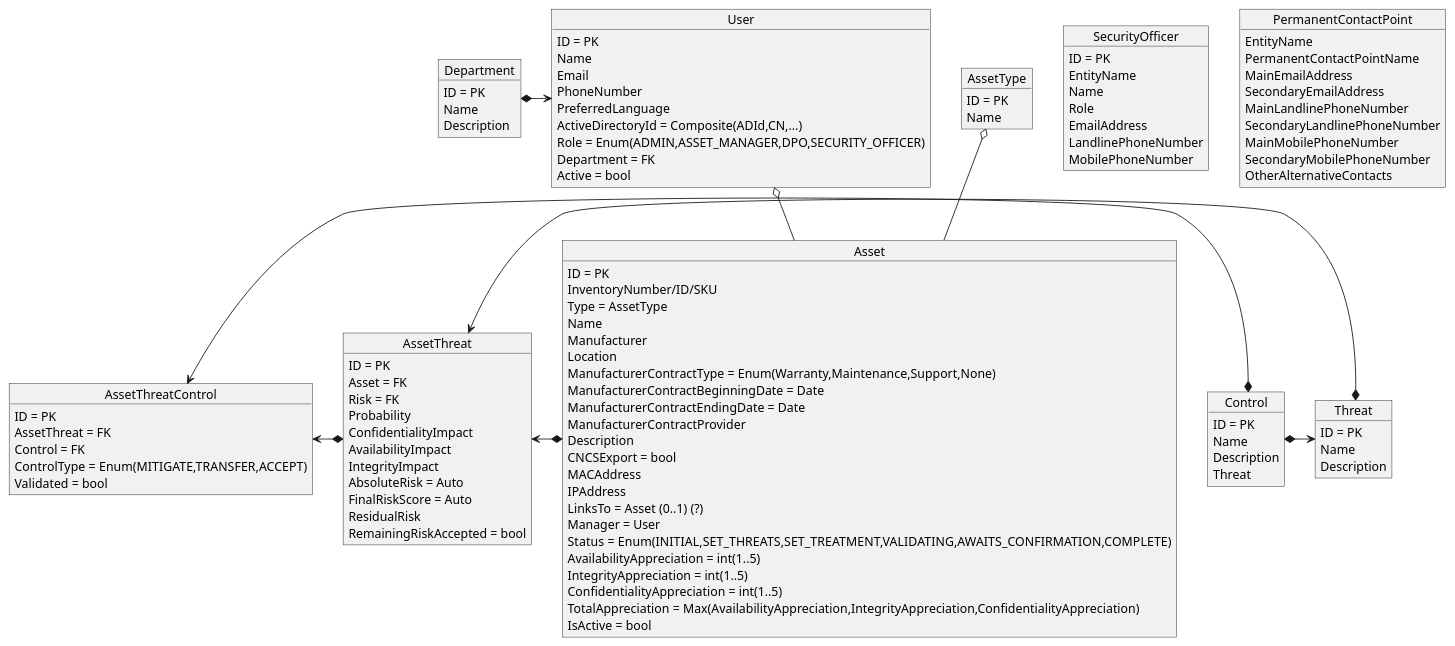
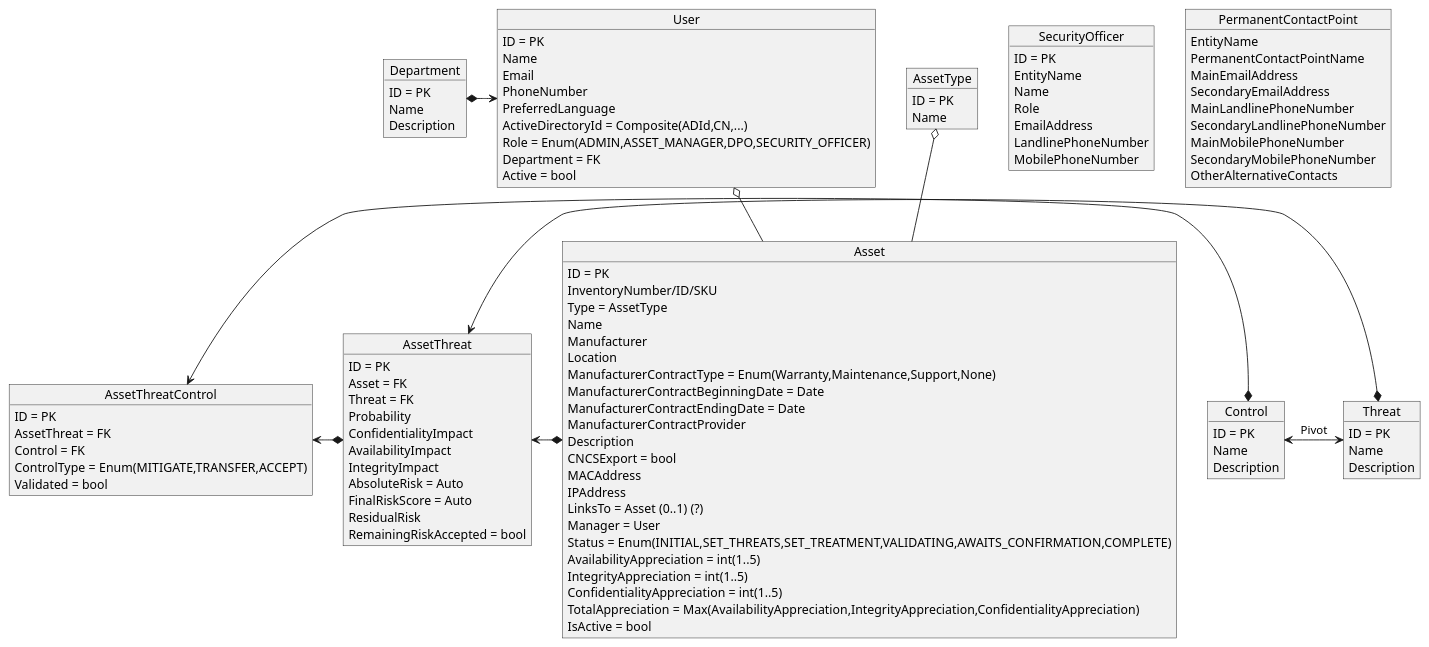
One commit to daviddmd/assetriskmanager changed the diagram in documentation/object-diagrams.puml. Above: the diagram before and after it, drawn with PlantUML. The commit also changed 7 other files, not shown here.

```diff
--- a/documentation/object-diagrams.puml
+++ b/documentation/object-diagrams.puml
@@ -1,103 +1,102 @@
 @startuml
 'https://plantuml.com/object-diagram
 object AssetType
 AssetType : ID = PK
 AssetType : Name
 'possivelmente icone
 object  Department
 Department : ID = PK
 Department : Name
 Department : Description
 object User
 Department *-> User
 User : ID = PK
 User : Name
 User : Email
 User : PhoneNumber
 User : PreferredLanguage
 User : ActiveDirectoryId = Composite(ADId,CN,...)
 User : Role = Enum(ADMIN,ASSET_MANAGER,DPO,SECURITY_OFFICER)
 User : Department = FK
 User : Active = bool
 object Asset
 Asset : ID = PK
 Asset : InventoryNumber/ID/SKU
 Asset : Type = AssetType
 Asset : Name
 Asset : Manufacturer
 Asset : Location
 Asset : ManufacturerContractType = Enum(Warranty,Maintenance,Support,None)
 Asset : ManufacturerContractBeginningDate = Date
 Asset : ManufacturerContractEndingDate = Date
 Asset : ManufacturerContractProvider
 Asset : Description
 Asset : CNCSExport = bool
 Asset : MACAddress
 Asset : IPAddress
 Asset : LinksTo = Asset (0..1) (?)
 Asset : Manager = User
 Asset : Status = Enum(INITIAL,SET_THREATS,SET_TREATMENT,VALIDATING,AWAITS_CONFIRMATION,COMPLETE)
 Asset : AvailabilityAppreciation = int(1..5)
 Asset : IntegrityAppreciation = int(1..5)
 Asset : ConfidentialityAppreciation = int(1..5)
 Asset : TotalAppreciation = Max(AvailabilityAppreciation,IntegrityAppreciation,ConfidentialityAppreciation)
 Asset : IsActive = bool
 User o-- Asset
 AssetType o-- Asset
 object Threat
 Threat : ID = PK
 Threat : Name
 Threat : Description
 object Control
 Control : ID = PK
 Control : Name
 Control : Description
-Control : Threat
-Control *-> Threat
+Control <-> Threat : Pivot
 object SecurityOfficer
 SecurityOfficer : ID = PK
 SecurityOfficer : EntityName
 SecurityOfficer : Name
 SecurityOfficer : Role
 SecurityOfficer : EmailAddress
 SecurityOfficer : LandlinePhoneNumber
 SecurityOfficer : MobilePhoneNumber
 object PermanentContactPoint
 PermanentContactPoint : EntityName
 PermanentContactPoint : PermanentContactPointName
 PermanentContactPoint : MainEmailAddress
 PermanentContactPoint : SecondaryEmailAddress
 PermanentContactPoint : MainLandlinePhoneNumber
 PermanentContactPoint : SecondaryLandlinePhoneNumber
 PermanentContactPoint : MainMobilePhoneNumber
 PermanentContactPoint : SecondaryMobilePhoneNumber
 PermanentContactPoint : OtherAlternativeContacts
 
 object AssetThreat
 AssetThreat : ID = PK
 AssetThreat : Asset = FK
-AssetThreat : Risk = FK
+AssetThreat : Threat = FK
 AssetThreat : Probability
 AssetThreat : ConfidentialityImpact
 AssetThreat : AvailabilityImpact
 AssetThreat : IntegrityImpact
 AssetThreat : AbsoluteRisk = Auto
 AssetThreat : FinalRiskScore = Auto
 AssetThreat : ResidualRisk
 AssetThreat : RemainingRiskAccepted = bool
 AssetThreat <-* Asset
 AssetThreat <-* Threat
 
 object AssetThreatControl
 AssetThreatControl : ID = PK
 AssetThreatControl : AssetThreat = FK
 AssetThreatControl : Control = FK
 AssetThreatControl : ControlType = Enum(MITIGATE,TRANSFER,ACCEPT)
 AssetThreatControl : Validated = bool
 AssetThreatControl <-* AssetThreat
 AssetThreatControl <-* Control
 
 
 'the logging will apply to all tables, the only added columns will be the date of the operation and operation (CRUD)
 
 @enduml
```
